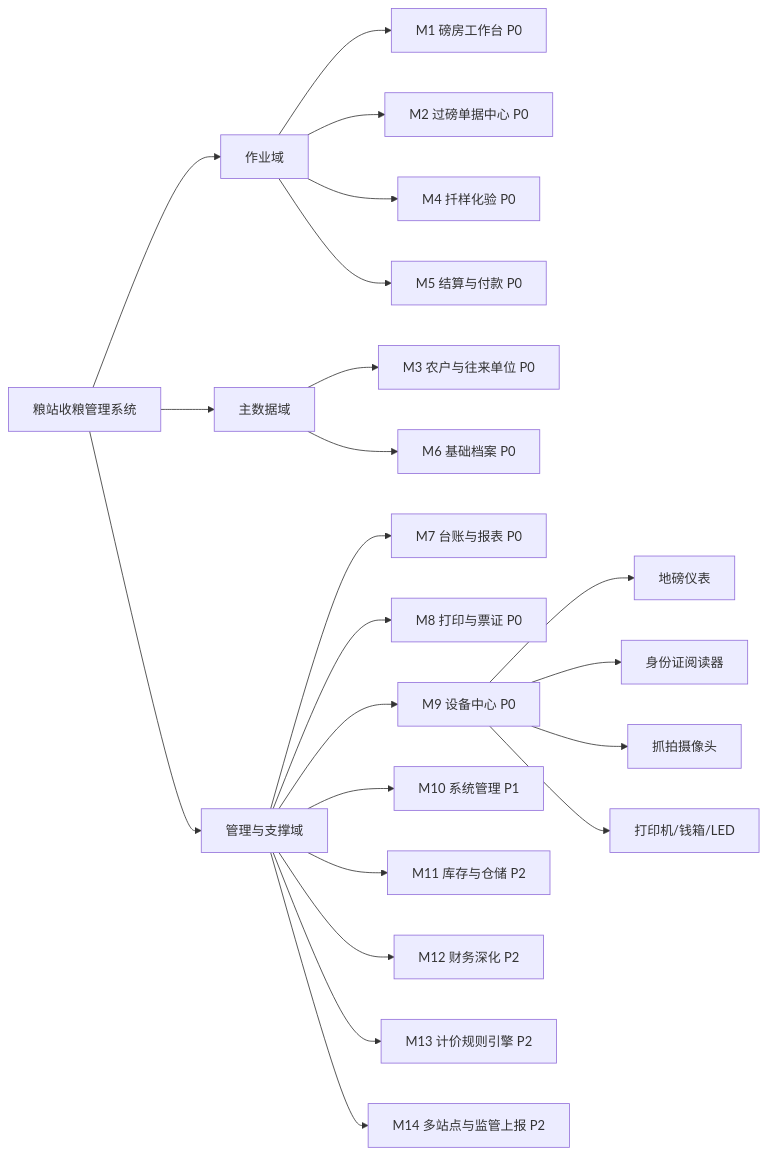
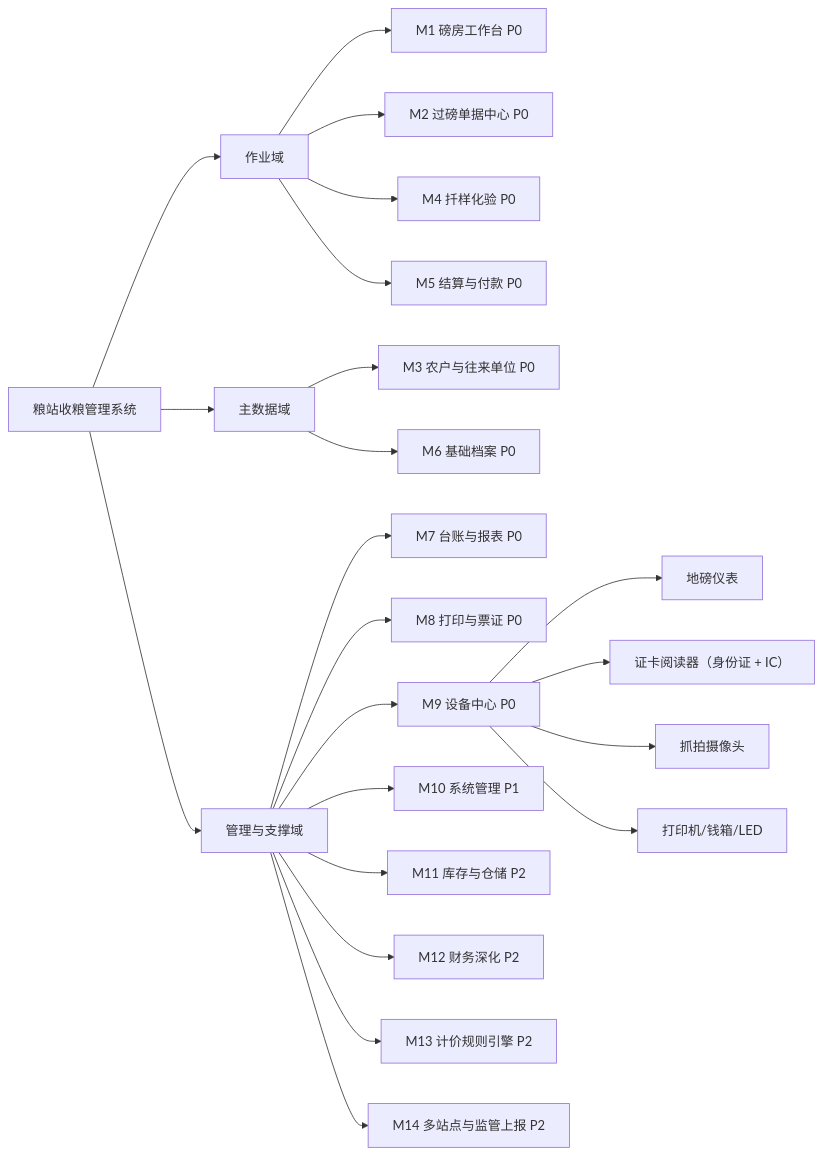
The first of 2 diagrams in docs/design/02-功能模块规划.md (datawalkcloud/BangHe), drawn with Mermaid before and after one commit. The commit also changed other lines of this file and 309 other files, not shown here.

````diff
--- a/docs/design/02-功能模块规划.md
+++ b/docs/design/02-功能模块规划.md
@@ -17,28 +17,28 @@
 ```mermaid
 flowchart LR
     Root["粮站收粮管理系统"] --> A["作业域"]
     Root --> B["主数据域"]
     Root --> C["管理与支撑域"]
 
     A --> M1["M1 磅房工作台 P0"]
     A --> M2["M2 过磅单据中心 P0"]
     A --> M4["M4 扦样化验 P0"]
     A --> M5["M5 结算与付款 P0"]
 
     B --> M3["M3 农户与往来单位 P0"]
     B --> M6["M6 基础档案 P0"]
 
     C --> M7["M7 台账与报表 P0"]
     C --> M8["M8 打印与票证 P0"]
     C --> M9["M9 设备中心 P0"]
     C --> M10["M10 系统管理 P1"]
     C --> M11["M11 库存与仓储 P2"]
     C --> M12["M12 财务深化 P2"]
     C --> M13["M13 计价规则引擎 P2"]
     C --> M14["M14 多站点与监管上报 P2"]
 
     M9 --> D1["地磅仪表"]
-    M9 --> D2["身份证阅读器"]
+    M9 --> D2["证卡阅读器（身份证 + IC）"]
     M9 --> D3["抓拍摄像头"]
     M9 --> D4["打印机/钱箱/LED"]
 ```
````
